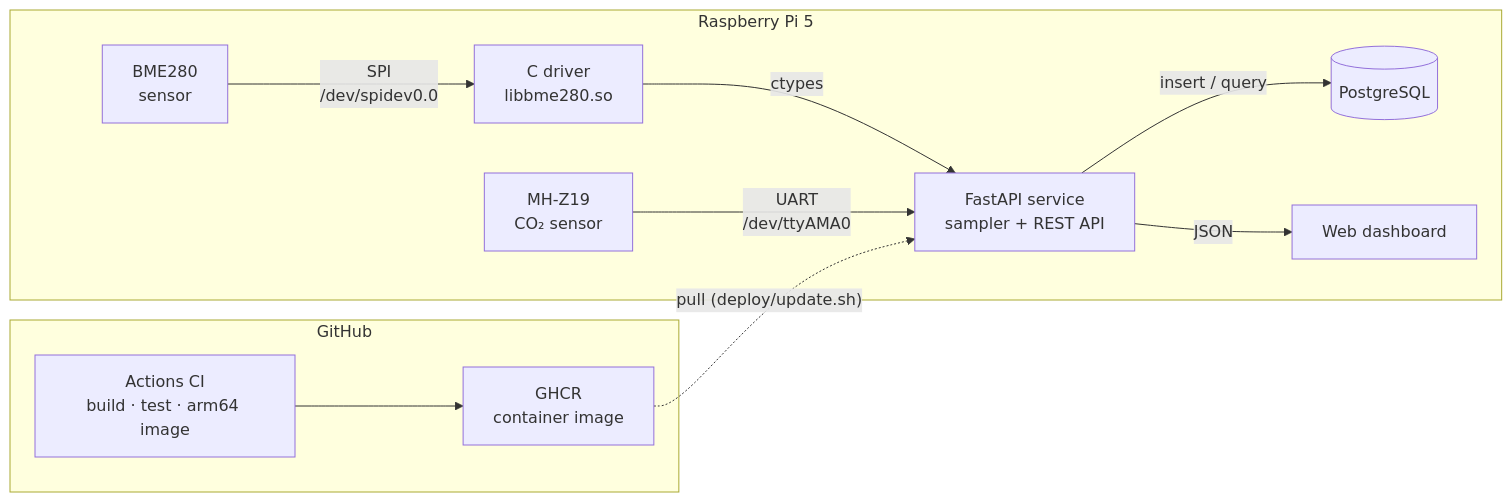
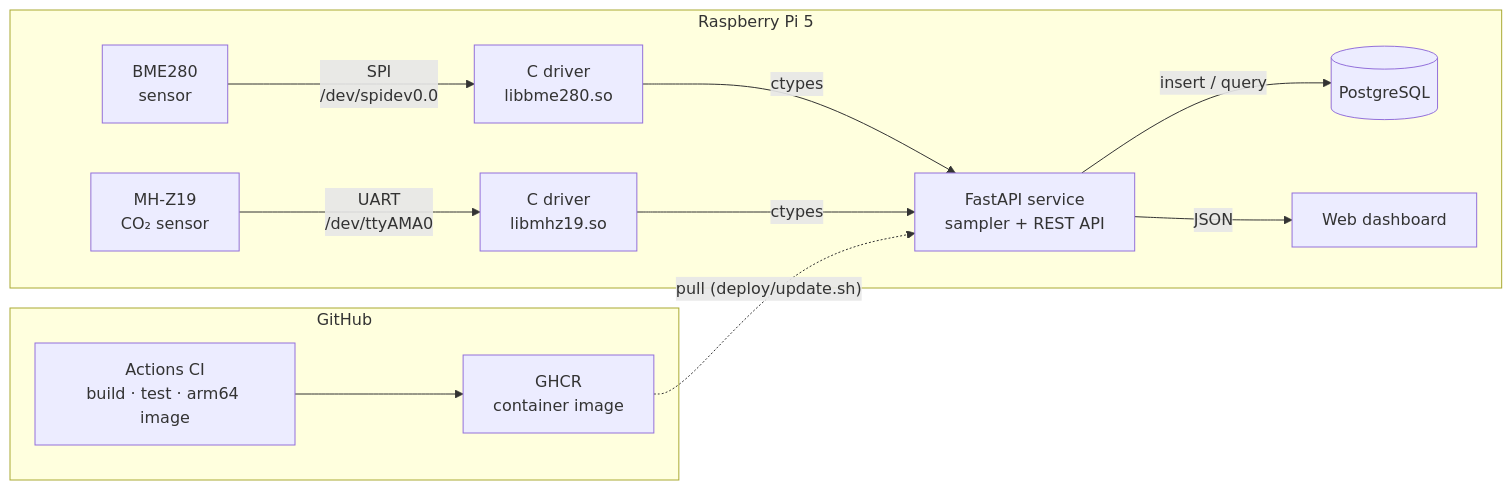
Before and after one commit to AlexT01010100/bme280-pi-telemetry: the diagram in README.md, drawn with Mermaid. The commit also changed other lines of this file and 14 other files, not shown here.

````diff
--- a/README.md
+++ b/README.md
@@ -9,14 +9,15 @@
 ```mermaid
 flowchart LR
     subgraph pi["Raspberry Pi 5"]
         sensor["BME280<br/>sensor"] -- "SPI<br/>/dev/spidev0.0" --> driver["C driver<br/>libbme280.so"]
         driver -- ctypes --> sampler["FastAPI service<br/>sampler + REST API"]
-        co2["MH-Z19<br/>CO₂ sensor"] -- "UART<br/>/dev/ttyAMA0" --> sampler
+        co2["MH-Z19<br/>CO₂ sensor"] -- "UART<br/>/dev/ttyAMA0" --> co2drv["C driver<br/>libmhz19.so"]
+        co2drv -- ctypes --> sampler
         sampler -- "insert / query" --> db[("PostgreSQL")]
         sampler -- "JSON" --> dash["Web dashboard"]
     end
     subgraph gh["GitHub"]
         ci["Actions CI<br/>build · test · arm64 image"] --> ghcr["GHCR<br/>container image"]
     end
     ghcr -. "pull (deploy/update.sh)" .-> sampler
 ```
````
